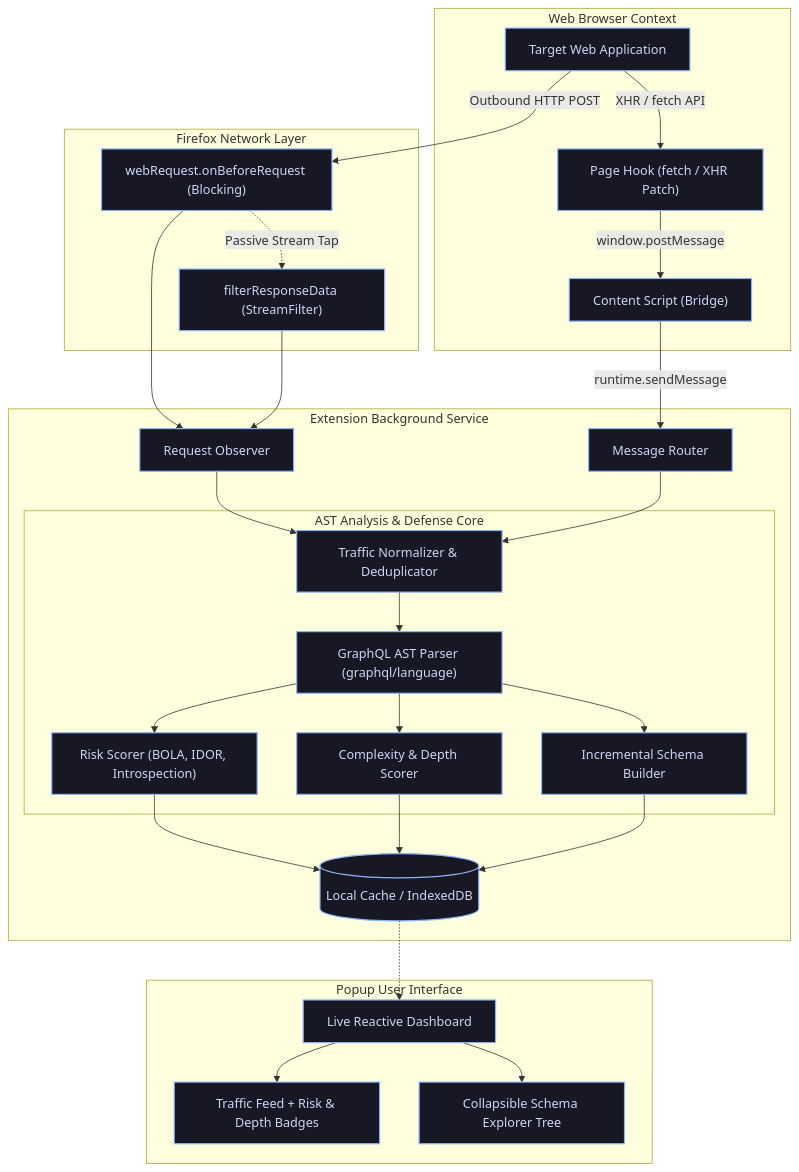
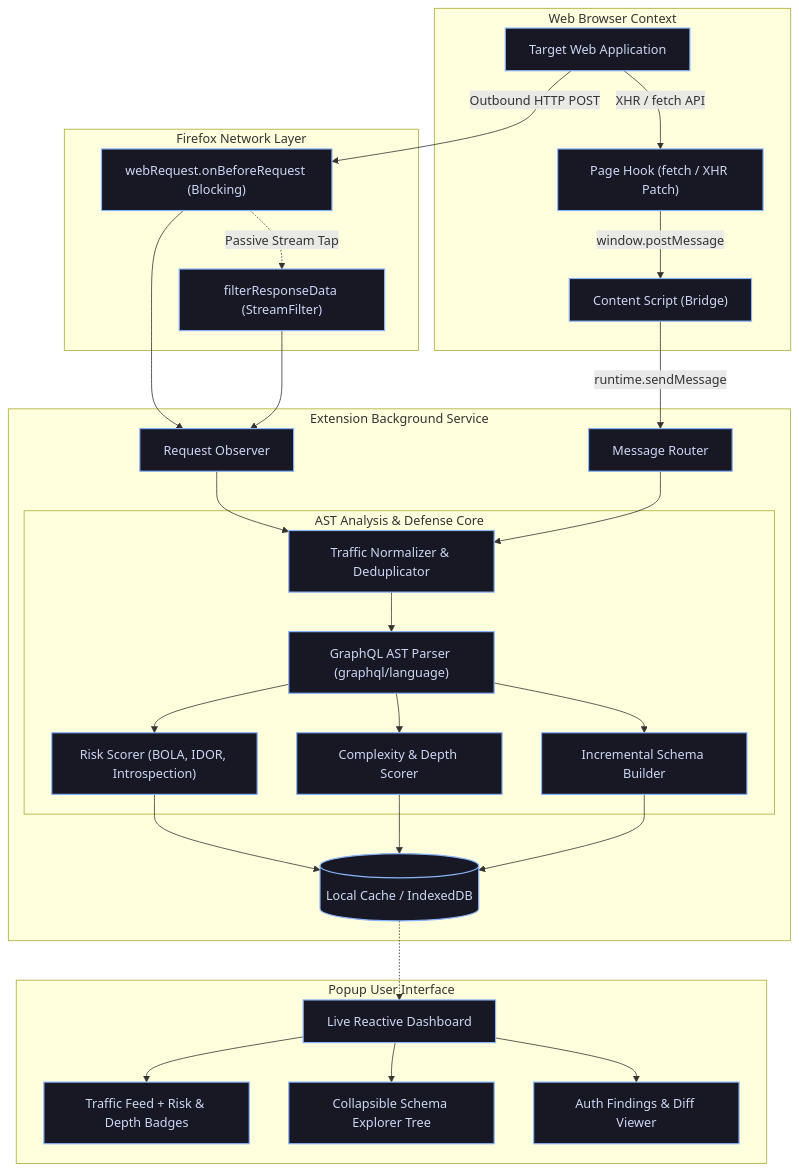
The diagram in README.md (nm0x-and-sharpshooter/GraphQL-Hunter), drawn with Mermaid before and after one commit. The commit also changed other lines of this file and 7 other files, not shown here.

````diff
--- a/README.md
+++ b/README.md
@@ -67,48 +67,49 @@
 ```mermaid
 flowchart TD
     subgraph Browser ["Web Browser Context"]
         P[Target Web Application]
         DOM_HOOK["Page Hook (fetch / XHR Patch)"]
         P -->|XHR / fetch API| DOM_HOOK
         DOM_HOOK -->|window.postMessage| CS["Content Script (Bridge)"]
     end
 
     subgraph Network ["Firefox Network Layer"]
         WR["webRequest.onBeforeRequest (Blocking)"]
         SF["filterResponseData (StreamFilter)"]
         P -->|Outbound HTTP POST| WR
         WR -.->|Passive Stream Tap| SF
     end
 
     subgraph Background ["Extension Background Service"]
         RO["Request Observer"]
         MR["Message Router"]
         CS -->|runtime.sendMessage| MR
         WR --> RO
         SF --> RO
         RO --> PROC["Traffic Normalizer & Deduplicator"]
         MR --> PROC
 
         subgraph AnalysisEngine ["AST Analysis & Defense Core"]
             PROC --> AST["GraphQL AST Parser (graphql/language)"]
             AST --> RISK["Risk Scorer (BOLA, IDOR, Introspection)"]
             AST --> COMP["Complexity & Depth Scorer"]
             AST --> SCH["Incremental Schema Builder"]
         end
 
         RISK --> STORE[("Local Cache / IndexedDB")]
         COMP --> STORE
         SCH --> STORE
     end
 
     subgraph HUD ["Popup User Interface"]
         STORE -.-> UI["Live Reactive Dashboard"]
         UI --> TAB1["Traffic Feed + Risk & Depth Badges"]
         UI --> TAB2["Collapsible Schema Explorer Tree"]
+        UI --> TAB3["Auth Findings & Diff Viewer"]
     end
 
     classDef primary fill:#1e1e2e,stroke:#cba6f7,stroke-width:2px,color:#cdd6f4;
     classDef secondary fill:#181825,stroke:#89b4fa,stroke-width:1.5px,color:#cdd6f4;
     classDef accent fill:#11111b,stroke:#f38ba8,stroke-width:1.5px,color:#cdd6f4;
-    class P,DOM_HOOK,CS,WR,SF,RO,MR,PROC,AST,RISK,COMP,SCH,STORE,UI,TAB1,TAB2 secondary;
+    class P,DOM_HOOK,CS,WR,SF,RO,MR,PROC,AST,RISK,COMP,SCH,STORE,UI,TAB1,TAB2,TAB3 secondary;
 ```
````
